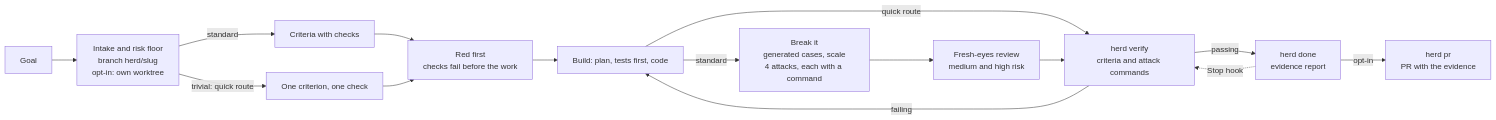
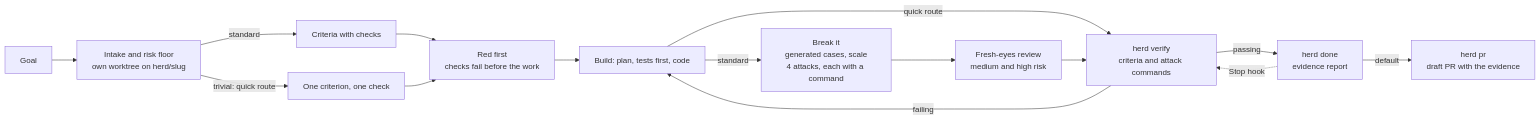
One commit to Beovulfo/herd-sdlc changed the first of 2 diagrams in README.md. Above: the diagram before and after it, drawn with Mermaid. The commit also changed other lines of this file and 11 other files, not shown here.

Commit message:
Worktree and draft PR on by default; README settings and badges

````diff
--- a/README.md
+++ b/README.md
@@ -123,17 +119,17 @@
 ```mermaid
 flowchart LR
-    A[Goal] --> B[Intake and risk floor<br/>branch herd/slug<br/>opt-in: own worktree]
+    A[Goal] --> B[Intake and risk floor<br/>own worktree on herd/slug]
     B -->|standard| C[Criteria with checks]
     B -->|trivial: quick route| Q[One criterion, one check]
     C --> R[Red first<br/>checks fail before the work]
     Q --> R
     R --> D[Build: plan, tests first, code]
     D -->|standard| X[Break it<br/>generated cases, scale<br/>4 attacks, each with a command]
     D -->|quick route| F
     X --> E[Fresh-eyes review<br/>medium and high risk]
     E --> F[herd verify<br/>criteria and attack commands]
     F -->|failing| D
     F -->|passing| G[herd done<br/>evidence report]
     G -.->|Stop hook| F
-    G -->|opt-in| P[herd pr<br/>PR with the evidence]
+    G -->|default| P[herd pr<br/>draft PR with the evidence]
 ```
````
